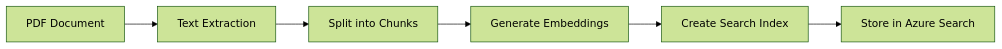
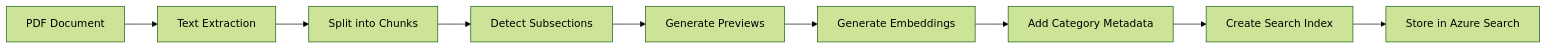
The second of 2 diagrams in changes and architecture/ARCHITECTURE_OVERVIEW.md (Adalex-AI/azure-search-openai-demo), drawn with Mermaid (forest theme) before and after one commit. The commit also changed other lines of this file and 25 other files, not shown here.

````diff
--- a/changes and architecture/ARCHITECTURE_OVERVIEW.md
+++ b/changes and architecture/ARCHITECTURE_OVERVIEW.md
@@ -120,8 +140,11 @@
 ```mermaid
 graph LR
     PDF[PDF Document] --> Extract[Text Extraction]
     Extract --> Chunk[Split into Chunks]
-    Chunk --> Embed[Generate Embeddings]
-    Embed --> Index[Create Search Index]
+    Chunk --> Subsection[Detect Subsections]
+    Subsection --> Preview[Generate Previews]
+    Preview --> Embed[Generate Embeddings]
+    Embed --> Category[Add Category Metadata]
+    Category --> Index[Create Search Index]
     Index --> Store[Store in Azure Search]
 ```
````
